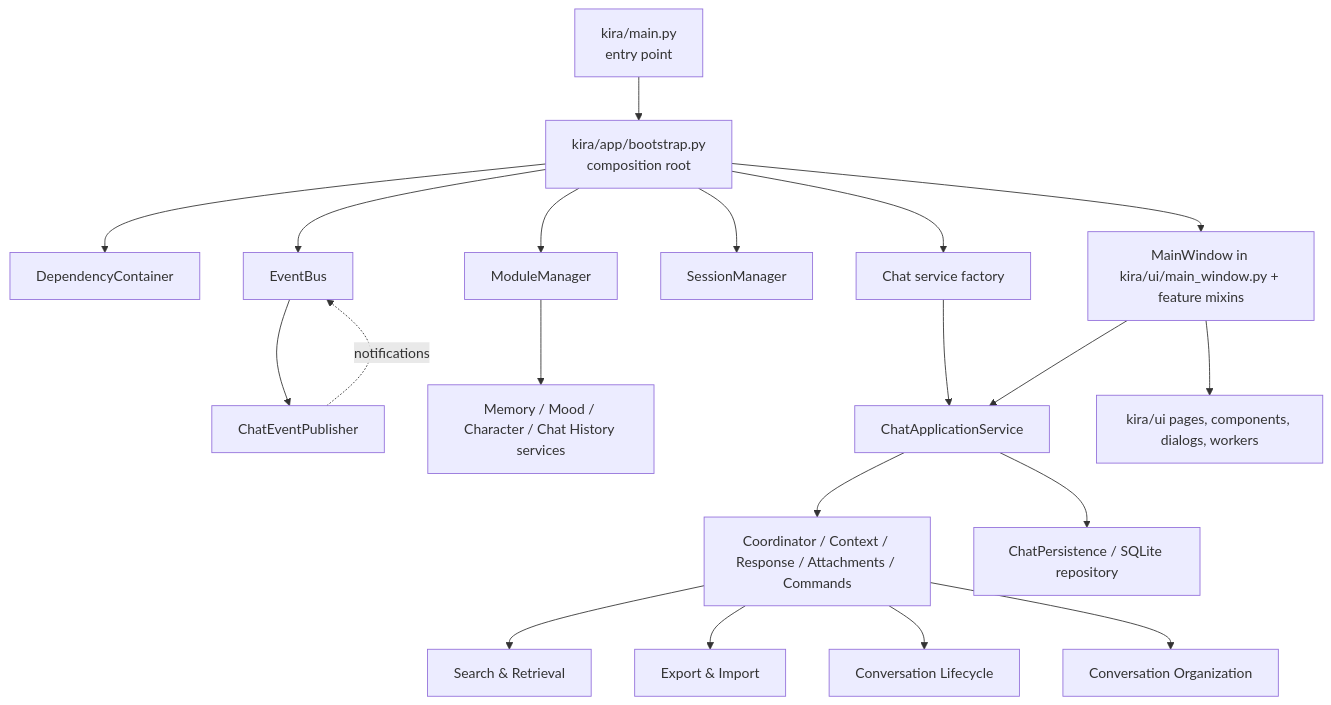
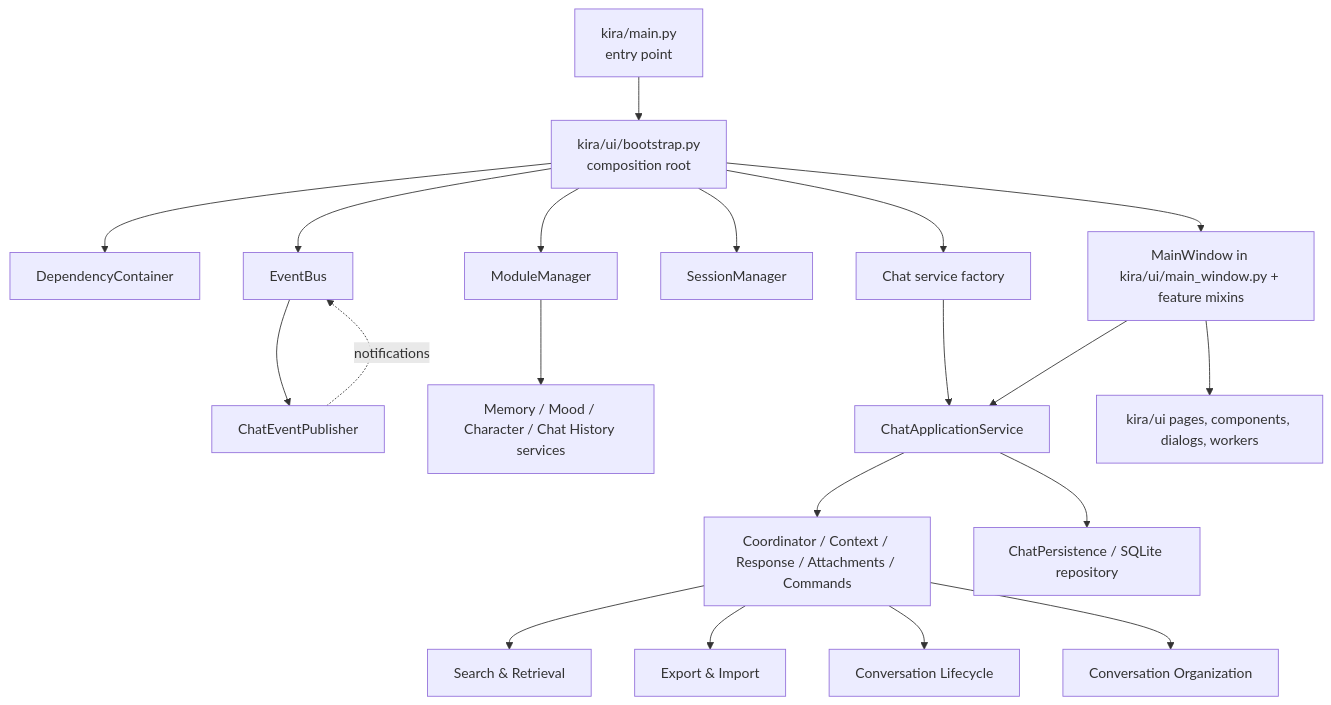
One commit to alizesta/Kira changed the first of 3 diagrams in docs/ARCHITECTURE_MASTER.md. Above: the diagram before and after it, drawn with Mermaid. The commit also changed other lines of this file, not shown here.

Commit message:
docs(architecture): update master architecture for Qt boundary

````diff
--- a/docs/ARCHITECTURE_MASTER.md
+++ b/docs/ARCHITECTURE_MASTER.md
@@ -36,22 +36,22 @@
 ```mermaid
 flowchart TD
-    Entry["kira/main.py<br/>entry point"] --> Boot["kira/app/bootstrap.py<br/>composition root"]
+    Entry["kira/main.py<br/>entry point"] --> Boot["kira/ui/bootstrap.py<br/>composition root"]
     Boot --> DI["DependencyContainer"]
     Boot --> Bus["EventBus"]
     Bus --> Publisher["ChatEventPublisher"]
     Boot --> Modules["ModuleManager"]
     Modules --> Services["Memory / Mood / Character / Chat History services"]
     Boot --> Sessions["SessionManager"]
     Boot --> Factory["Chat service factory"]
     Factory --> ChatApp["ChatApplicationService"]
     Boot --> Window["MainWindow in kira/ui/main_window.py + feature mixins"]
     Window --> ChatApp
     Window --> UI["kira/ui pages, components, dialogs, workers"]
     ChatApp --> ChatCore["Coordinator / Context / Response / Attachments / Commands"]
     ChatApp --> Persistence["ChatPersistence / SQLite repository"]
     ChatCore --> Search["Search & Retrieval"]
     ChatCore --> Transfer["Export & Import"]
     ChatCore --> Lifecycle["Conversation Lifecycle"]
     ChatCore --> Organization["Conversation Organization"]
     Publisher -. "notifications" .-> Bus
 ```
````
